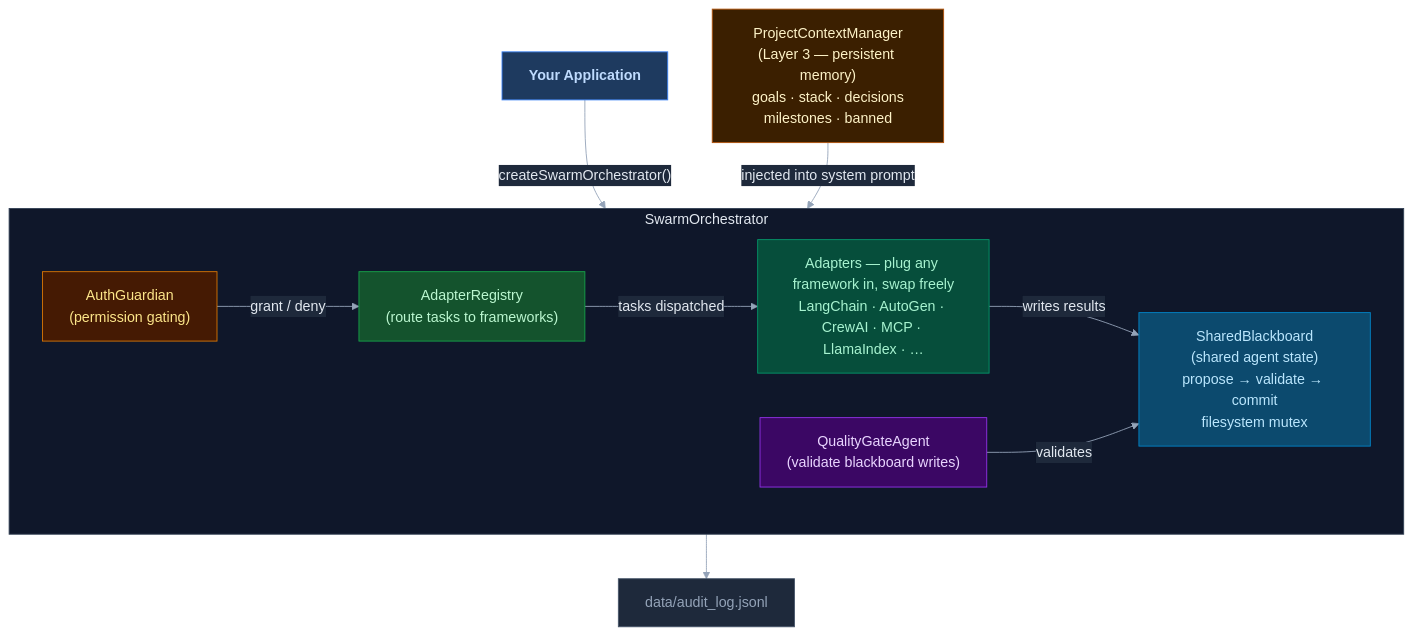
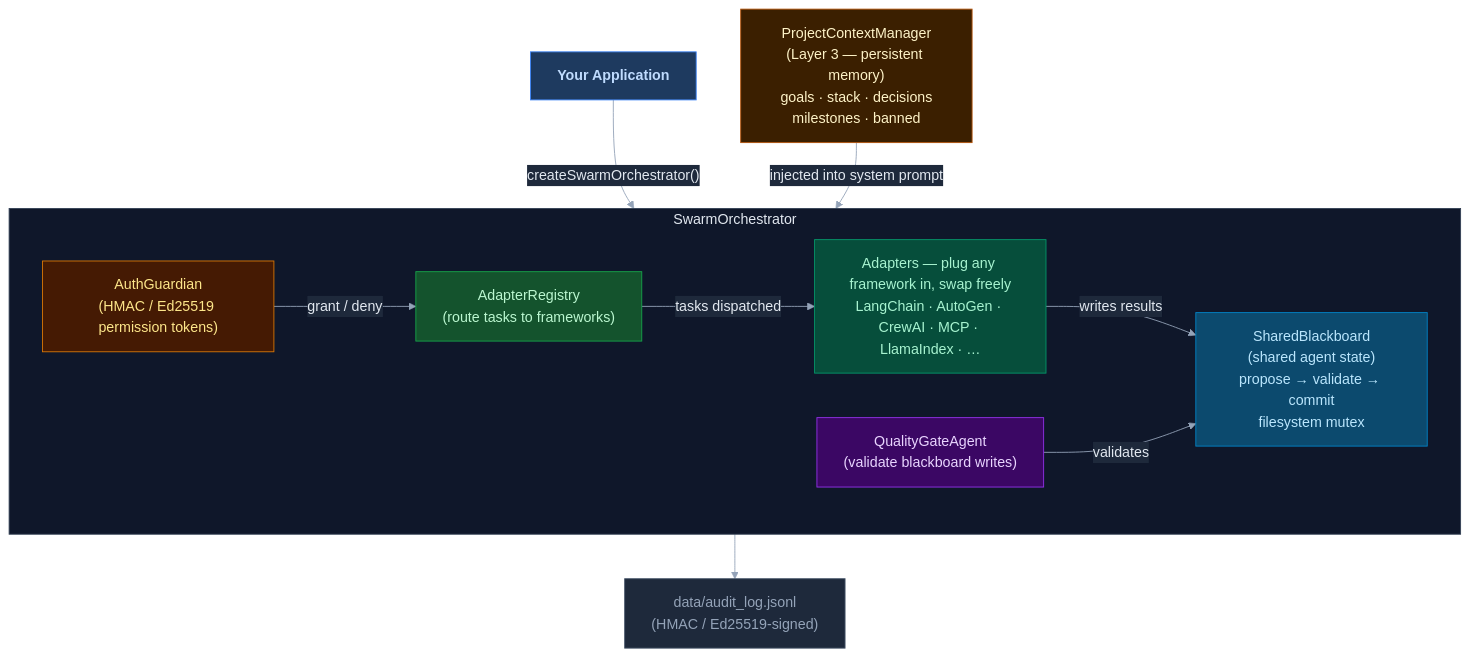
One commit to Jovancoding/Network-AI changed the diagram in ARCHITECTURE.md. Above: the diagram before and after it, drawn with Mermaid. The commit also changed 1 other file, not shown here.

Commit message:
docs: update architecture diagrams with Ed25519 signing labels

````diff
--- a/ARCHITECTURE.md
+++ b/ARCHITECTURE.md
@@ -36,33 +36,33 @@
 ```mermaid
 %%{init: {'theme': 'base', 'themeVariables': {'primaryColor': '#1e293b', 'primaryTextColor': '#e2e8f0', 'primaryBorderColor': '#475569', 'lineColor': '#94a3b8', 'clusterBkg': '#0f172a', 'clusterBorder': '#334155', 'edgeLabelBackground': '#1e293b', 'edgeLabelColor': '#cbd5e1', 'titleColor': '#e2e8f0'}}}%%
 flowchart TD
     classDef app        fill:#1e3a5f,stroke:#3b82f6,color:#bfdbfe,font-weight:bold
     classDef security   fill:#451a03,stroke:#d97706,color:#fde68a
     classDef routing    fill:#14532d,stroke:#16a34a,color:#bbf7d0
     classDef quality    fill:#3b0764,stroke:#9333ea,color:#e9d5ff
     classDef blackboard fill:#0c4a6e,stroke:#0284c7,color:#bae6fd
     classDef adapters   fill:#064e3b,stroke:#059669,color:#a7f3d0
     classDef audit      fill:#1e293b,stroke:#475569,color:#94a3b8
     classDef context    fill:#3b1f00,stroke:#b45309,color:#fef3c7
 
     App["Your Application"]:::app
     App -->|"createSwarmOrchestrator()"| SO
 
     PC["ProjectContextManager\n(Layer 3 — persistent memory)\ngoals · stack · decisions\nmilestones · banned"]:::context
     PC -->|"injected into system prompt"| SO
 
     subgraph SO["SwarmOrchestrator"]
-        AG["AuthGuardian\n(permission gating)"]:::security
+        AG["AuthGuardian\n(HMAC / Ed25519 permission tokens)"]:::security
         AR["AdapterRegistry\n(route tasks to frameworks)"]:::routing
         QG["QualityGateAgent\n(validate blackboard writes)"]:::quality
         BB["SharedBlackboard\n(shared agent state)\npropose → validate → commit\nfilesystem mutex"]:::blackboard
         AD["Adapters — plug any framework in, swap freely\nLangChain · AutoGen · CrewAI · MCP · LlamaIndex · …"]:::adapters
 
         AG -->|"grant / deny"| AR
         AR -->|"tasks dispatched"| AD
         AD -->|"writes results"| BB
         QG -->|"validates"| BB
     end
 
-    SO --> AUDIT["data/audit_log.jsonl"]:::audit
+    SO --> AUDIT["data/audit_log.jsonl\n(HMAC / Ed25519-signed)"]:::audit
 ```
````
